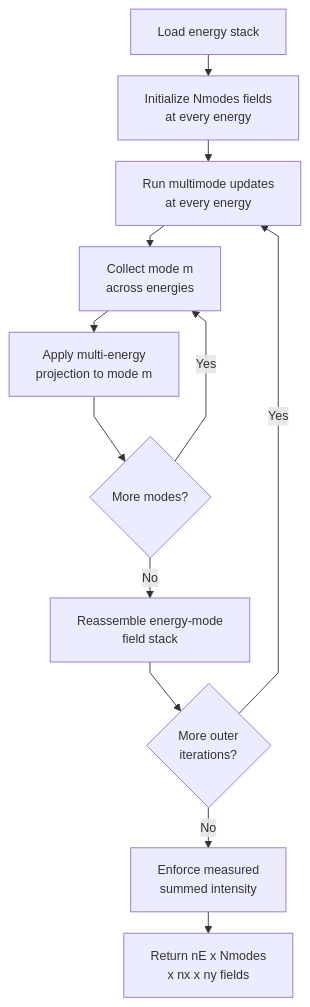
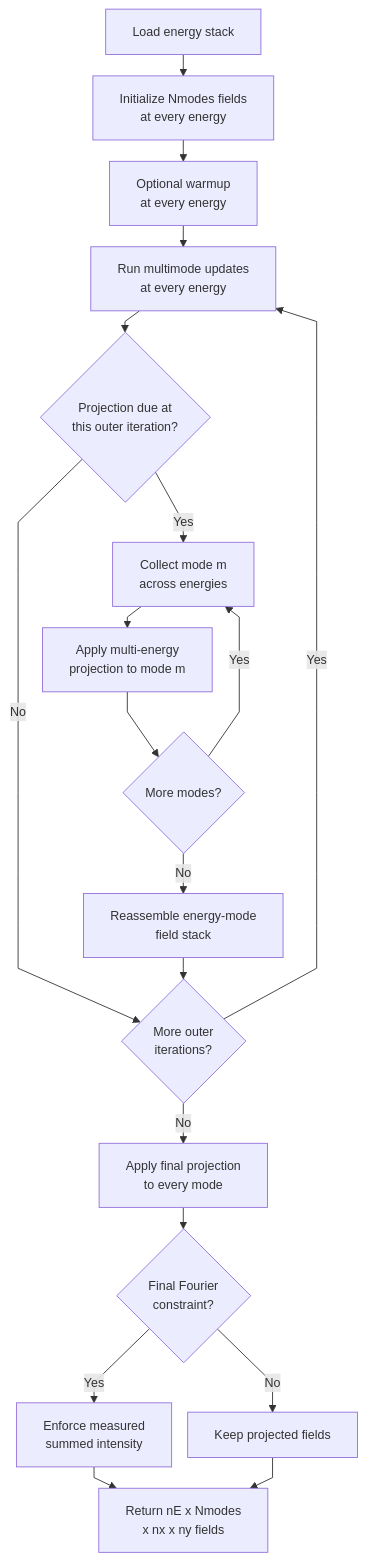
One commit to riccbatt/FTH-Phase-Retrieval-2609-SOLEIL-SEXTANTS changed the fifth of 6 diagrams in docs/phase_retrieval_libraries.md. Above: the diagram before and after it, drawn with Mermaid. The commit also changed other lines of this file, not shown here.

````diff
--- a/docs/phase_retrieval_libraries.md
+++ b/docs/phase_retrieval_libraries.md
@@ -838,15 +867,22 @@
 ```mermaid
 %%{init: {"flowchart": {"nodeSpacing": 18, "rankSpacing": 24, "curve": "linear"}, "themeVariables": {"fontSize": "14px"}}}%%
 flowchart TD
     A[Load energy stack] --> B[Initialize Nmodes fields<br/>at every energy]
-    B --> C[Run multimode updates<br/>at every energy]
-    C --> D[Collect mode m<br/>across energies]
-    D --> E[Apply multi-energy<br/>projection to mode m]
-    E --> F{More modes?}
-    F -- Yes --> D
-    F -- No --> G[Reassemble energy-mode<br/>field stack]
-    G --> H{More outer<br/>iterations?}
-    H -- Yes --> C
-    H -- No --> I[Enforce measured<br/>summed intensity]
-    I --> J[Return nE x Nmodes<br/>x nx x ny fields]
+    B --> C[Optional warmup<br/>at every energy]
+    C --> D[Run multimode updates<br/>at every energy]
+    D --> E{Projection due at<br/>this outer iteration?}
+    E -- No --> J{More outer<br/>iterations?}
+    E -- Yes --> F[Collect mode m<br/>across energies]
+    F --> G[Apply multi-energy<br/>projection to mode m]
+    G --> H{More modes?}
+    H -- Yes --> F
+    H -- No --> I[Reassemble energy-mode<br/>field stack]
+    I --> J
+    J -- Yes --> D
+    J -- No --> K[Apply final projection<br/>to every mode]
+    K --> L{Final Fourier<br/>constraint?}
+    L -- Yes --> M[Enforce measured<br/>summed intensity]
+    L -- No --> N[Keep projected fields]
+    M --> O[Return nE x Nmodes<br/>x nx x ny fields]
+    N --> O
 ```
````
